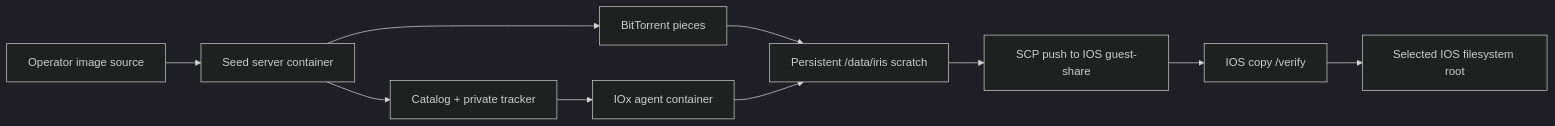
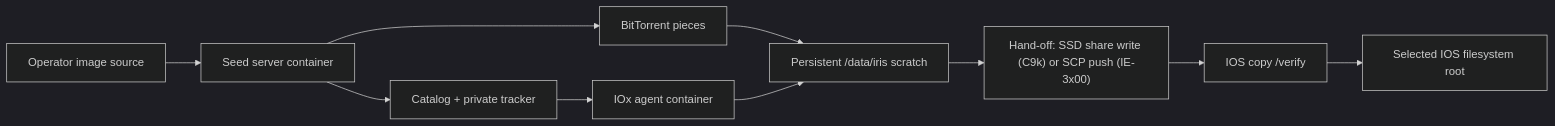
Before and after one commit to cisco-open/intelligent-release-image-staging: the diagram in docs/zensical/containers.md, drawn with Mermaid (dark theme). The commit also changed other lines of this file and 19 other files, not shown here.

````diff
--- a/docs/zensical/containers.md
+++ b/docs/zensical/containers.md
@@ -21,12 +21,12 @@
 ```mermaid
 flowchart LR
     Operator["Operator image source"] --> Seed["Seed server container"]
     Seed --> Catalog["Catalog + private tracker"]
     Seed --> Swarm["BitTorrent pieces"]
     Catalog --> Agent["IOx agent container"]
     Swarm --> Scratch["Persistent /data/iris scratch"]
     Agent --> Scratch
-    Scratch --> SCP["SCP push to IOS guest-share"]
-    SCP --> Verify["IOS copy /verify"]
+    Scratch --> Hand["Hand-off: SSD share write (C9k) or SCP push (IE-3x00)"]
+    Hand --> Verify["IOS copy /verify"]
     Verify --> Target["Selected IOS filesystem root"]
 ```
````
